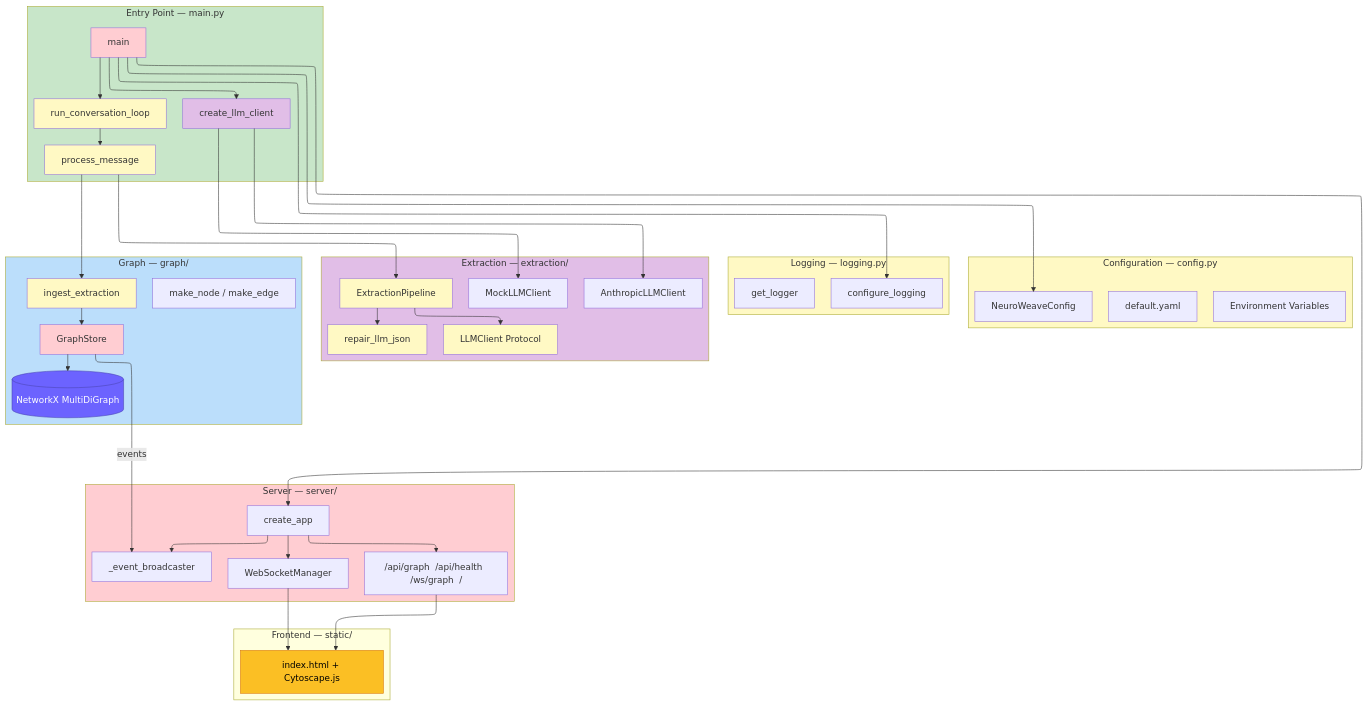
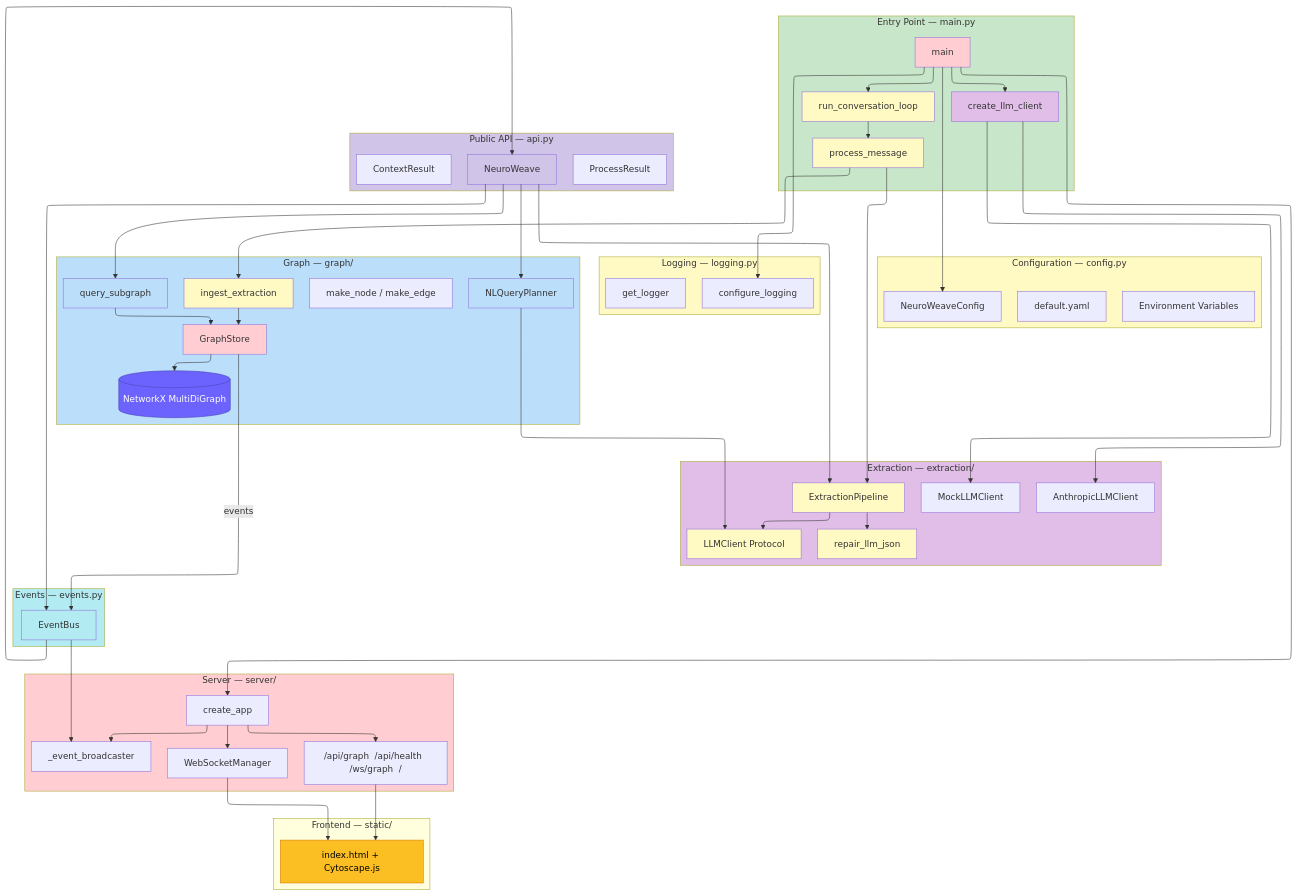
Before and after one commit to alexh-scrt/neuroweave: the second of 18 diagrams in ARCHITECTURE.md, drawn with Mermaid. The commit also changed other lines of this file and 45 other files, not shown here.

````diff
--- a/ARCHITECTURE.md
+++ b/ARCHITECTURE.md
@@ -98,6 +99,16 @@
         NX[("NetworkX MultiDiGraph")]
         INGEST["ingest_extraction"]
         MAKE_N["make_node / make_edge"]
+        QUERY_ENG["query_subgraph"]
+        NL_PLAN["NLQueryPlanner"]
+  end
+ subgraph s8["Public API — api.py"]
+        FACADE["NeuroWeave"]
+        PROC_RES["ProcessResult"]
+        CTX_RES["ContextResult"]
+  end
+ subgraph s9["Events — events.py"]
+        EBUS["EventBus"]
   end
  subgraph s6["Server — server/"]
         APP["create_app"]
@@ -115,9 +126,14 @@
     PIPELINE --> LLM_ABS & REPAIR
     INGEST --> STORE
     STORE --> NX
-    STORE -- events --> BCAST
+    STORE -- events --> EBUS
+    EBUS --> BCAST
+    EBUS --> FACADE
     APP --> WSMGR & BCAST & ROUTES
     ROUTES --> HTML
+    FACADE --> PIPELINE & QUERY_ENG & NL_PLAN & EBUS
+    NL_PLAN --> LLM_ABS
+    QUERY_ENG --> STORE
     WSMGR --> HTML
 
     style FACTORY fill:#E1BEE7
@@ -137,4 +153,10 @@
     style s2 fill:#FFF9C4
     style s3 fill:#FFF9C4
     style s6 fill:#FFCDD2
+    style s8 fill:#D1C4E9
+    style s9 fill:#B2EBF2
+    style FACADE fill:#D1C4E9
+    style EBUS fill:#B2EBF2
+    style QUERY_ENG fill:#BBDEFB
+    style NL_PLAN fill:#BBDEFB
 ```
````
